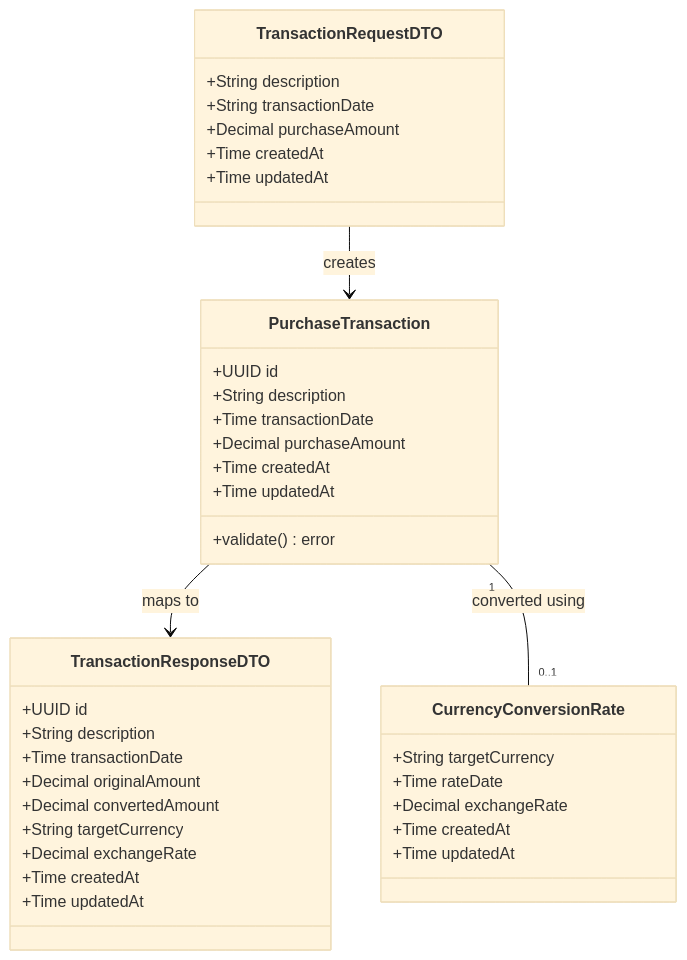
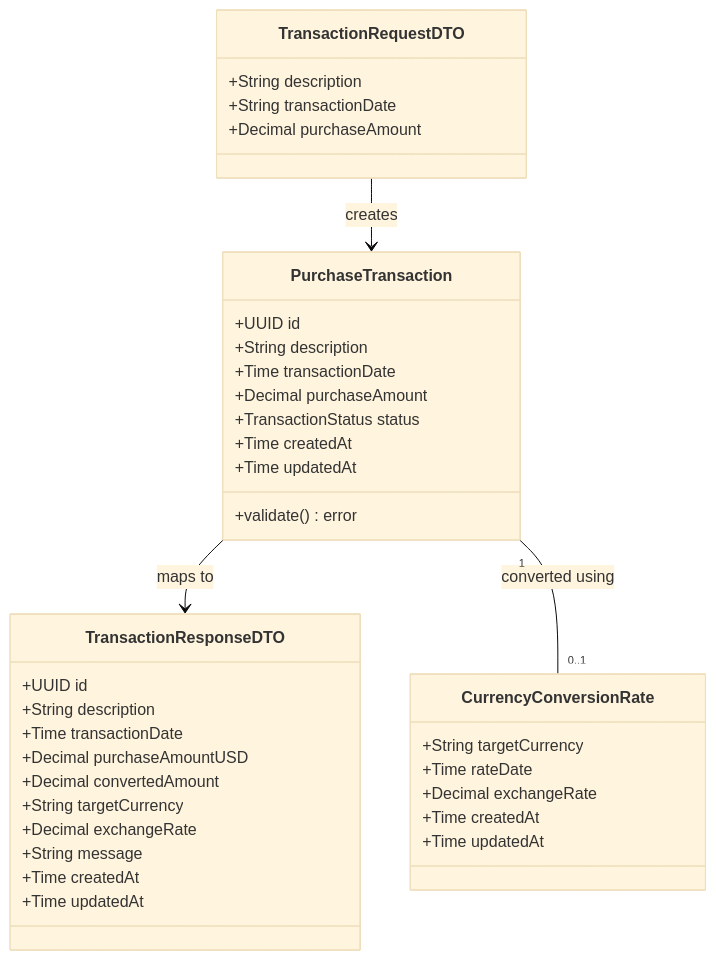
The diagram in spdd/prompt/GGQPA-XXX-202605021459-[Feat]-api-purchase-transaction.md (pedro-muniz/wex), drawn with Mermaid (base theme) before and after one commit. The commit also changed other lines of this file and 40 other files, not shown here.

````diff
--- a/spdd/prompt/GGQPA-XXX-202605021459-[Feat]-api-purchase-transaction.md
+++ b/spdd/prompt/GGQPA-XXX-202605021459-[Feat]-api-purchase-transaction.md
@@ -7,46 +7,46 @@
 ```mermaid
 classDiagram
 direction TB
 
 class PurchaseTransaction {
     +UUID id
     +String description
     +Time transactionDate
     +Decimal purchaseAmount
-    +validate() error
+    +TransactionStatus status
     +Time createdAt
     +Time updatedAt
+    +validate() error
 }
 
 class CurrencyConversionRate {
     +String targetCurrency
     +Time rateDate
     +Decimal exchangeRate
     +Time createdAt
     +Time updatedAt
 }
 
 class TransactionRequestDTO {
     +String description
     +String transactionDate
     +Decimal purchaseAmount
-    +Time createdAt
-    +Time updatedAt
 }
 
 class TransactionResponseDTO {
     +UUID id
     +String description
     +Time transactionDate
-    +Decimal originalAmount
+    +Decimal purchaseAmountUSD
     +Decimal convertedAmount
     +String targetCurrency
     +Decimal exchangeRate
+    +String message
     +Time createdAt
     +Time updatedAt
 }
 
 TransactionRequestDTO --> PurchaseTransaction : creates
 PurchaseTransaction --> TransactionResponseDTO : maps to
 PurchaseTransaction "1" -- "0..1" CurrencyConversionRate : converted using
 ```
````
